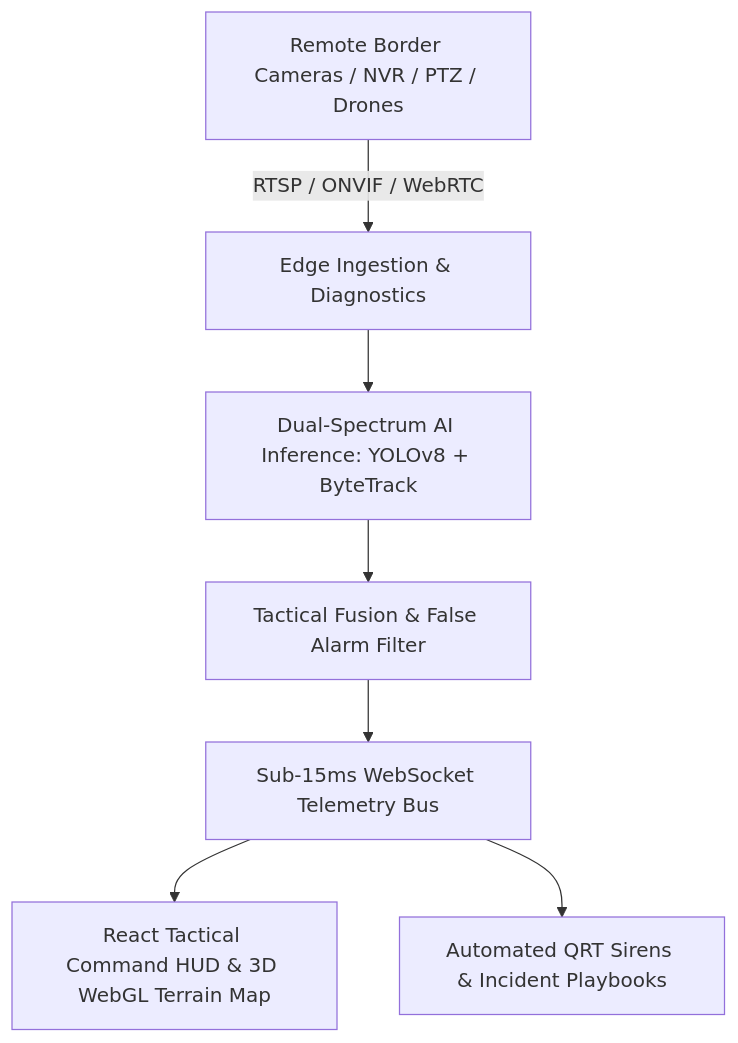
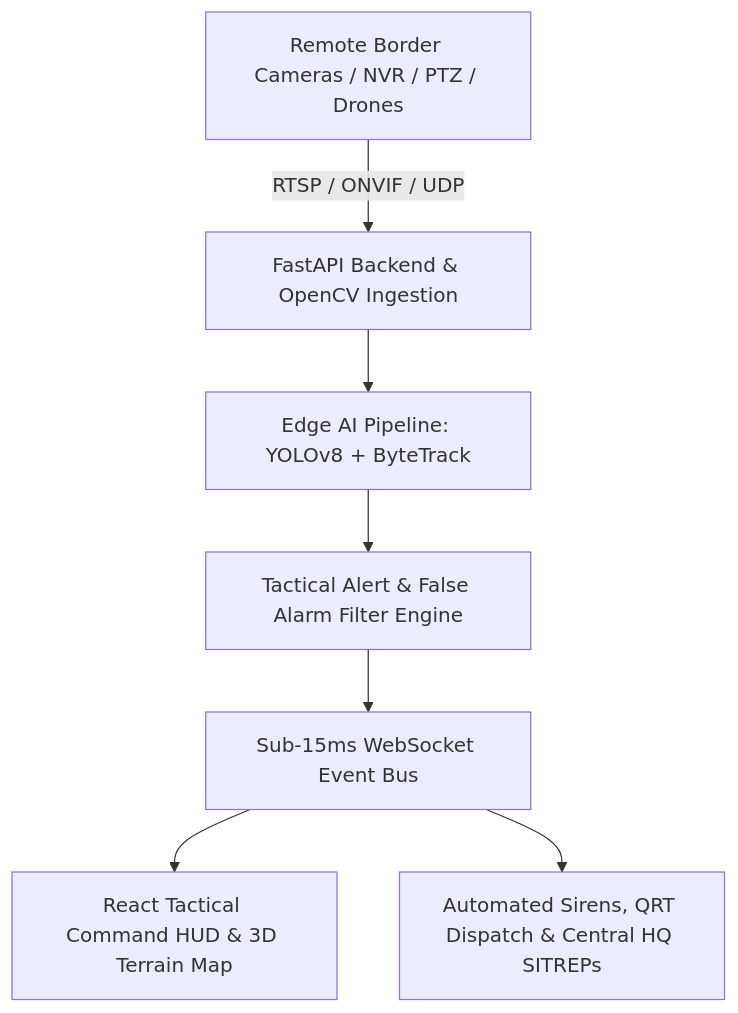
Before and after one commit to rajdixit070-v/IBVAP-1: the diagram in README.md, drawn with Mermaid. The commit also changed other lines of this file and 31 other files, not shown here.

````diff
--- a/README.md
+++ b/README.md
@@ -27,9 +87,9 @@
 ```mermaid
 graph TD
-    A[Remote Border Cameras / NVR / PTZ / Drones] -->|RTSP / ONVIF / WebRTC| B[Edge Ingestion & Diagnostics]
-    B --> C[Dual-Spectrum AI Inference: YOLOv8 + ByteTrack]
-    C --> D[Tactical Fusion & False Alarm Filter]
-    D --> E[Sub-15ms WebSocket Telemetry Bus]
-    E --> F[React Tactical Command HUD & 3D WebGL Terrain Map]
-    E --> G[Automated QRT Sirens & Incident Playbooks]
+    A[Remote Border Cameras / NVR / PTZ / Drones] -->|RTSP / ONVIF / UDP| B[FastAPI Backend & OpenCV Ingestion]
+    B --> C[Edge AI Pipeline: YOLOv8 + ByteTrack]
+    C --> D[Tactical Alert & False Alarm Filter Engine]
+    D --> E[Sub-15ms WebSocket Event Bus]
+    E --> F[React Tactical Command HUD & 3D Terrain Map]
+    E --> G[Automated Sirens, QRT Dispatch & Central HQ SITREPs]
 ```
````
